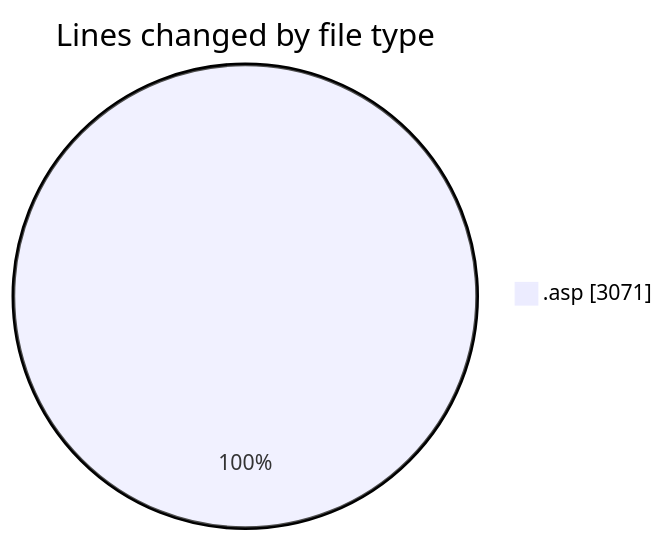
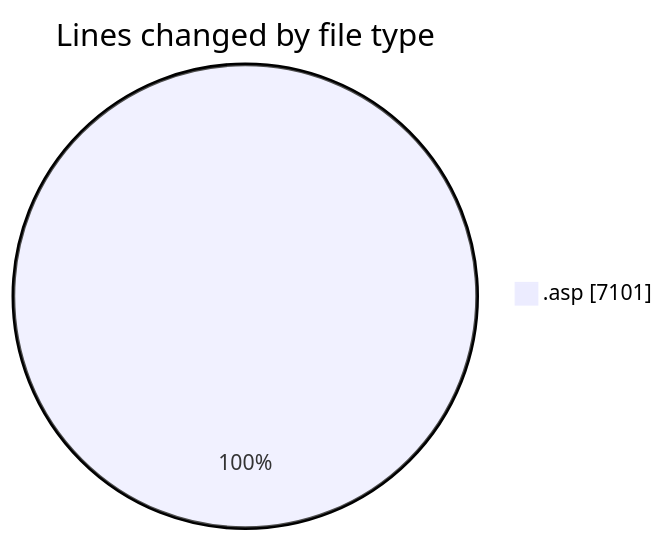
The first of 2 diagrams in 2025-11-27/cdp_aleoudev_fr__workspace_/README.md (julien-gomy/code-tracking), drawn with Mermaid before and after one commit. The commit also changed other lines of this file and 1 other file, not shown here.

````diff
--- a/2025-11-27/cdp_aleoudev_fr__workspace_/README.md
+++ b/2025-11-27/cdp_aleoudev_fr__workspace_/README.md
@@ -21,5 +22,5 @@
 ```mermaid
 pie showData
 title Lines changed by file type
-".asp" : 3071
+".asp" : 7101
 ```
````
